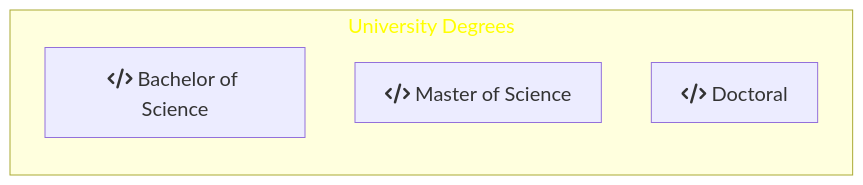
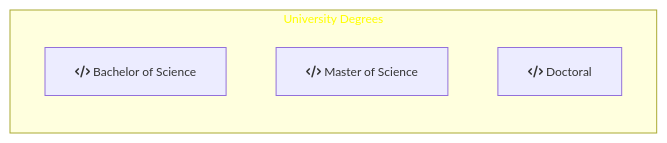
The second of 2 diagrams in README.md (DippoldEJ/DippoldEJ), drawn with Mermaid before and after one commit.

````diff
--- a/README.md
+++ b/README.md
@@ -37,16 +37,16 @@
 ```mermaid
 flowchart LR;
 %%{init: {
-	'themeVariables': { 'fontSize': '20px', 'fontFamily': 'Didot'}
+	'themeVariables': { 'fontSize': '12px', 'fontFamily': 'Didot'}
 	}
 }%%
 
 subgraph h[University Degrees]
 direction TD
     s[fa:fa-code Bachelor of Science ]
     b[fa:fa-code Master of Science ]
     a[fa:fa-code Doctoral ]
     end
 
 style h color:#FFFF00
 ```
````
